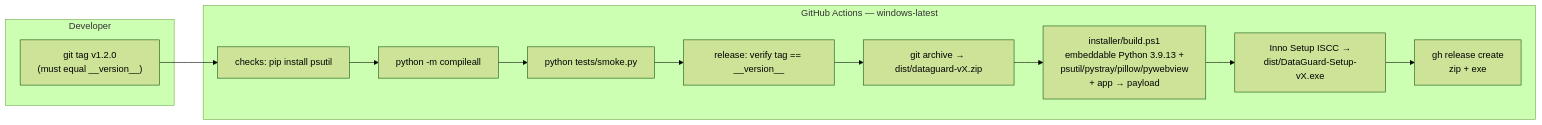
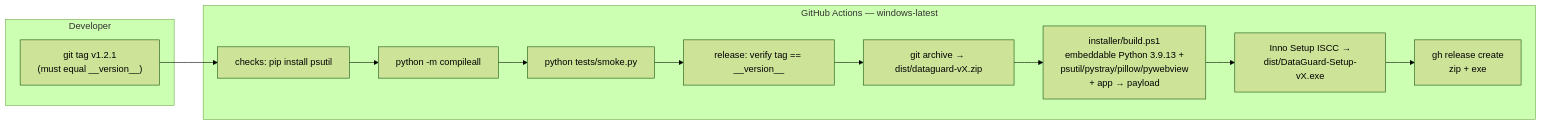
The seventh of 7 diagrams in README.md (yassine808/network-tracker), drawn with Mermaid (forest theme) before and after one commit. The commit also changed other lines of this file, not shown here.

Commit message:
docs: bump the README to 1.2.1 so it matches __version__

````diff
--- a/README.md
+++ b/README.md
@@ -472,19 +472,19 @@
 ```mermaid
 flowchart LR
     subgraph DEV["Developer"]
-        T["git tag v1.2.0<br/>(must equal __version__)"]
+        T["git tag v1.2.1<br/>(must equal __version__)"]
     end
 
     subgraph CI["GitHub Actions — windows-latest"]
         C1["checks: pip install psutil"]
         C2["python -m compileall"]
         C3["python tests/smoke.py"]
         C4["release: verify tag == __version__"]
         C5["git archive → dist/dataguard-vX.zip"]
         C6["installer/build.ps1<br/>embeddable Python 3.9.13 +<br/>psutil/pystray/pillow/pywebview<br/>+ app → payload"]
         C7["Inno Setup ISCC →<br/>dist/DataGuard-Setup-vX.exe"]
         C8["gh release create<br/>zip + exe"]
     end
 
     T --> C1 --> C2 --> C3 --> C4 --> C5 --> C6 --> C7 --> C8
 ```
````
